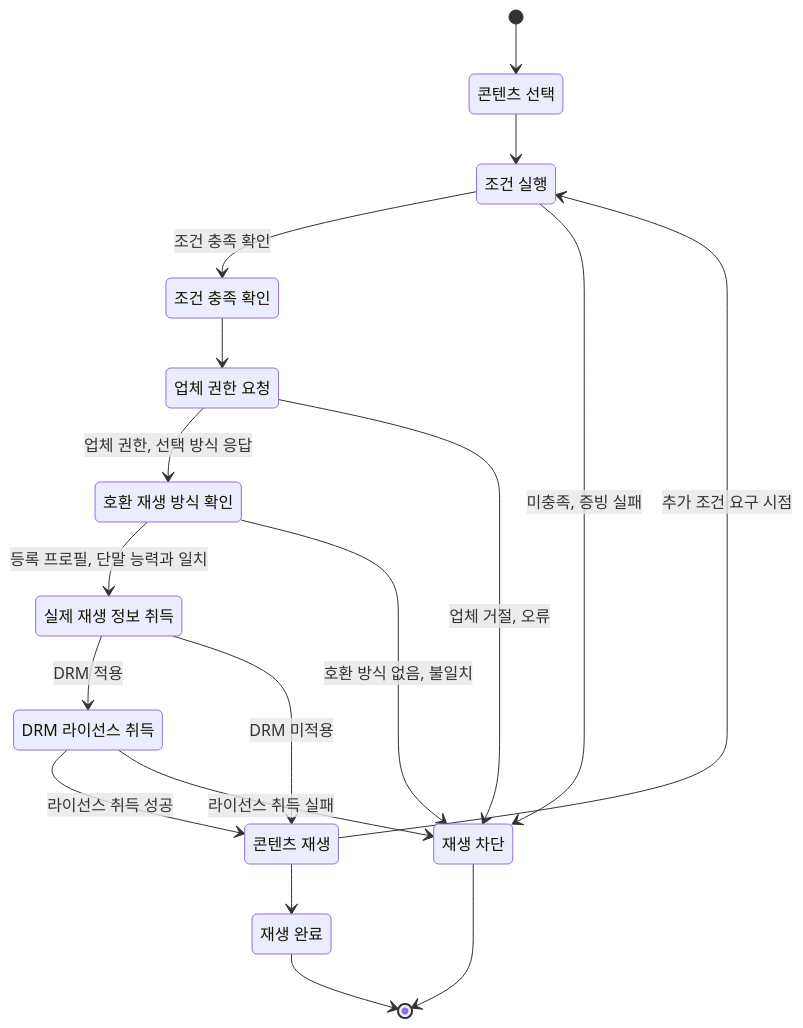
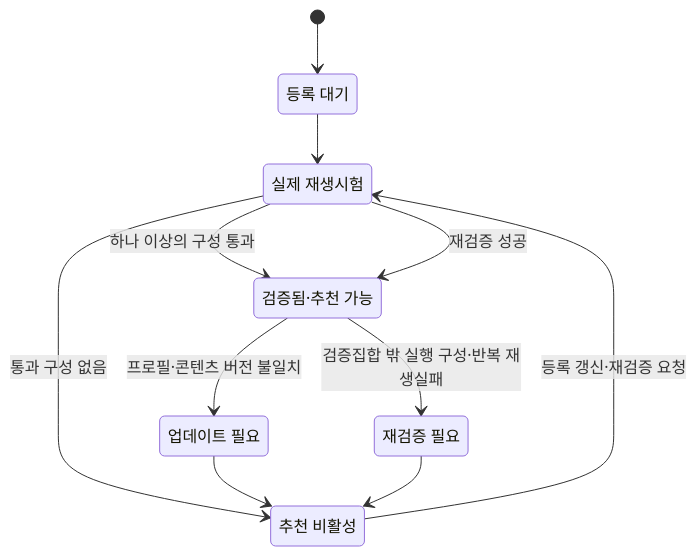
Before and after one commit to growdai1y/instant-play: diagram 14 of 14 in instant_play_직무발명서.md, drawn with Mermaid. The commit also changed other lines of this file and 1 other file, not shown here.

````diff
--- a/instant_play_직무발명서.md
+++ b/instant_play_직무발명서.md
@@ -1322,31 +1410,20 @@
 ```mermaid
 stateDiagram-v2
-    state "콘텐츠 선택" as Selected
-    state "조건 실행" as ConditionRunning
-    state "조건 충족 확인" as ConditionConfirmed
-    state "업체 권한 요청" as GrantRequested
-    state "호환 재생 방식 확인" as Compatible
-    state "실제 재생 정보 취득" as PlaybackInfo
-    state "DRM 라이선스 취득" as License
-    state "콘텐츠 재생" as Playing
-    state "재생 차단" as Denied
-    state "재생 완료" as Completed
+    state "등록 대기" as Registered
+    state "실제 재생시험" as Testing
+    state "검증됨·추천 가능" as Verified
+    state "업데이트 필요" as Update
+    state "재검증 필요" as Reverify
+    state "추천 비활성" as Disabled
 
-    [*] --> Selected
-    Selected --> ConditionRunning
-    ConditionRunning --> ConditionConfirmed: 조건 충족 확인
-    ConditionRunning --> Denied: 미충족, 증빙 실패
-    ConditionConfirmed --> GrantRequested
-    GrantRequested --> Compatible: 업체 권한, 선택 방식 응답
-    GrantRequested --> Denied: 업체 거절, 오류
-    Compatible --> PlaybackInfo: 등록 프로필, 단말 능력과 일치
-    Compatible --> Denied: 호환 방식 없음, 불일치
-    PlaybackInfo --> License: DRM 적용
-    License --> Playing: 라이선스 취득 성공
-    License --> Denied: 라이선스 취득 실패
-    PlaybackInfo --> Playing: DRM 미적용
-    Playing --> ConditionRunning: 추가 조건 요구 시점
-    Playing --> Completed
-    Completed --> [*]
-    Denied --> [*]
+    [*] --> Registered
+    Registered --> Testing
+    Testing --> Verified: 하나 이상의 구성 통과
+    Testing --> Disabled: 통과 구성 없음
+    Verified --> Update: 프로필·콘텐츠 버전 불일치
+    Verified --> Reverify: 검증집합 밖 실행 구성·반복 재생실패
+    Update --> Disabled
+    Reverify --> Disabled
+    Disabled --> Testing: 등록 갱신·재검증 요청
+    Testing --> Verified: 재검증 성공
 ```
````
